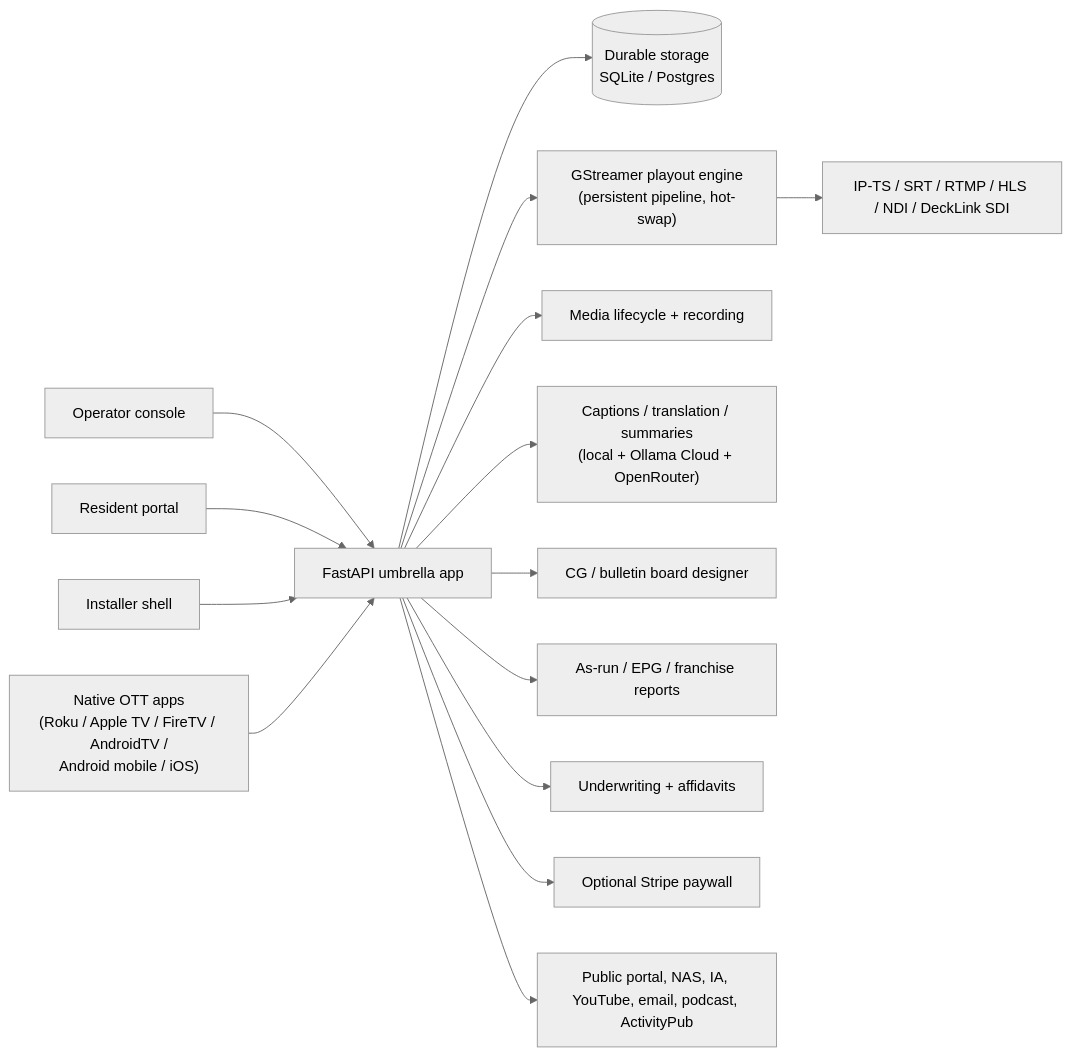
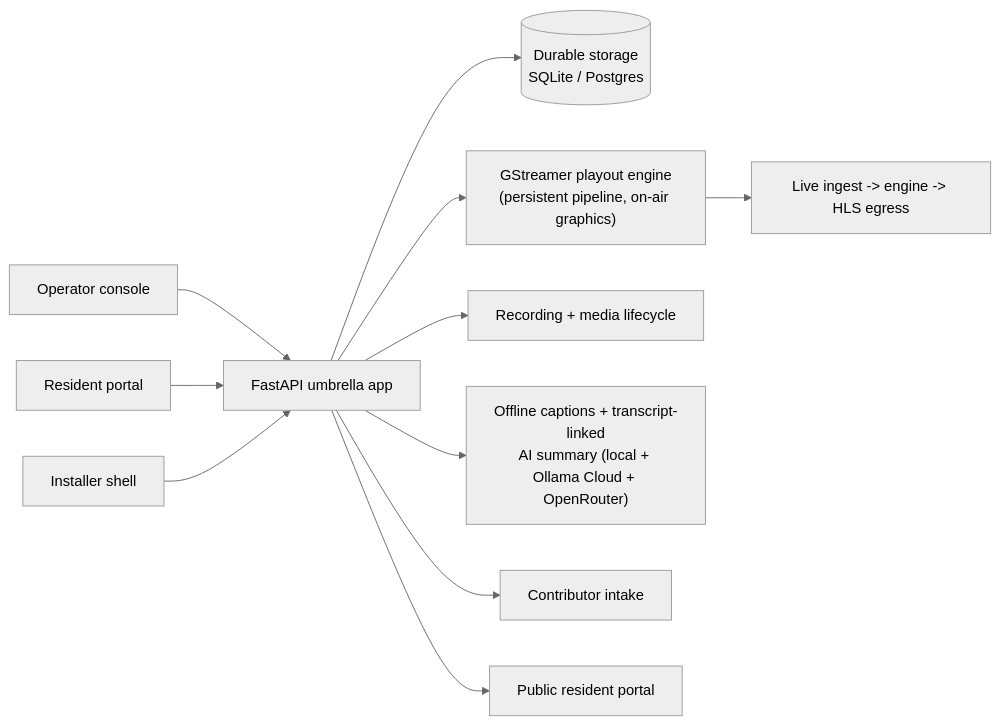
One commit to scottconverse/civiccast-native changed the diagram in README.md. Above: the diagram before and after it, drawn with Mermaid (neutral theme). The commit also changed other lines of this file, not shown here.

````diff
--- a/README.md
+++ b/README.md
@@ -277,17 +194,13 @@
 ```mermaid
 flowchart LR
     Operator["Operator console"] --> API["FastAPI umbrella app"]
     Resident["Resident portal"] --> API
     Installer["Installer shell"] --> API
-    Native["Native OTT apps\n(Roku / Apple TV / FireTV / AndroidTV /\nAndroid mobile / iOS)"] --> API
     API --> DB[("Durable storage\nSQLite / Postgres")]
-    API --> Engine["GStreamer playout engine\n(persistent pipeline, hot-swap)"]
-    API --> Media["Media lifecycle + recording"]
-    API --> AI["Captions / translation / summaries\n(local + Ollama Cloud + OpenRouter)"]
-    API --> CG["CG / bulletin board designer"]
-    API --> Reporting["As-run / EPG / franchise reports"]
-    API --> Underwriting["Underwriting + affidavits"]
-    API --> Paywall["Optional Stripe paywall"]
-    Engine --> Sinks["IP-TS / SRT / RTMP / HLS / NDI / DeckLink SDI"]
-    API --> Portal["Public portal, NAS, IA, YouTube, email, podcast, ActivityPub"]
+    API --> Engine["GStreamer playout engine\n(persistent pipeline, on-air graphics)"]
+    API --> Media["Recording + media lifecycle"]
+    API --> AI["Offline captions + transcript-linked\nAI summary (local + Ollama Cloud + OpenRouter)"]
+    API --> Contribute["Contributor intake"]
+    Engine --> Sinks["Live ingest -> engine -> HLS egress"]
+    API --> Portal["Public resident portal"]
 ```
````
